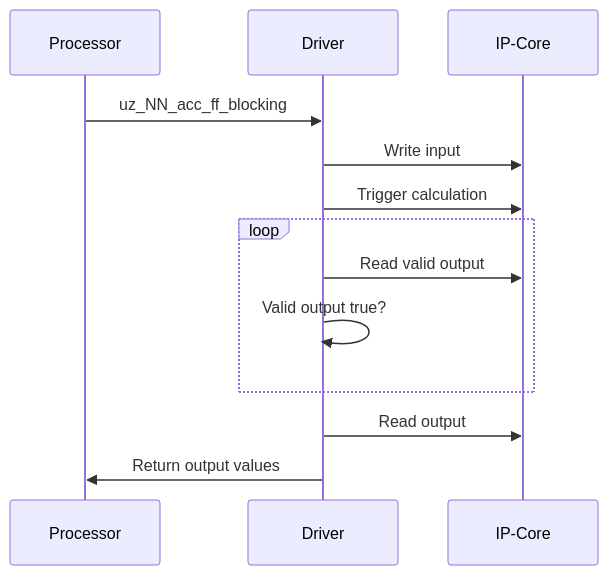
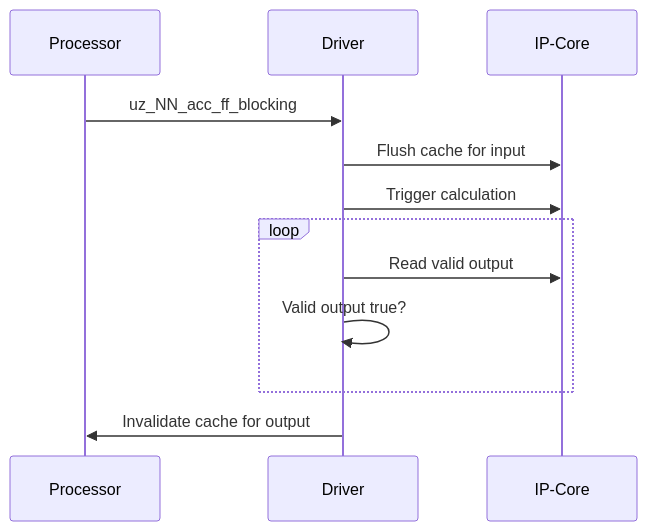
Before and after one commit to ultrazohm/ultrazohm_sw: the first of 2 diagrams in docs/source/ip_cores/uz_NN_acc/uz_NN_acc.rst, drawn with Mermaid. The commit also changed other lines of this file, not shown here.

```diff
--- a/docs/source/ip_cores/uz_NN_acc/uz_NN_acc.rst
+++ b/docs/source/ip_cores/uz_NN_acc/uz_NN_acc.rst
@@ -322,14 +320,13 @@
 .. mermaid::
 
    sequenceDiagram
        participant Processor
        participant Driver
        Processor->>Driver: uz_NN_acc_ff_blocking
-       Driver->>IP-Core: Write input
+       Driver->>IP-Core: Flush cache for input
        Driver->>IP-Core: Trigger calculation
        loop
            Driver->>IP-Core: Read valid output
            Driver->>Driver: Valid output true?
        end
-       Driver->>IP-Core: Read output
-       Driver->>Processor: Return output values
+       Driver->>Processor: Invalidate cache for output
```
